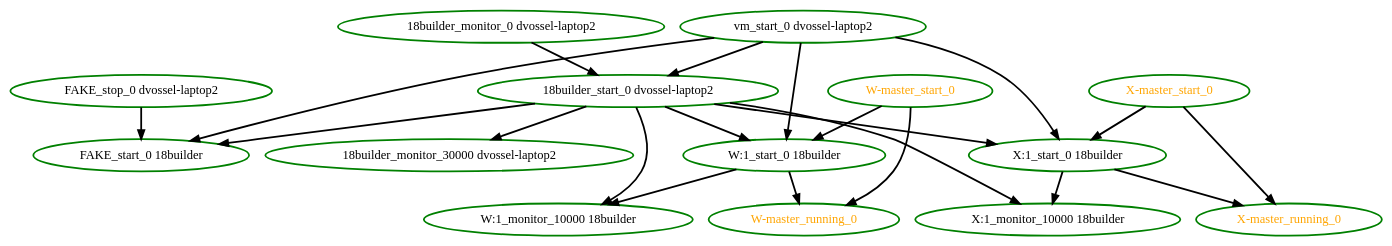
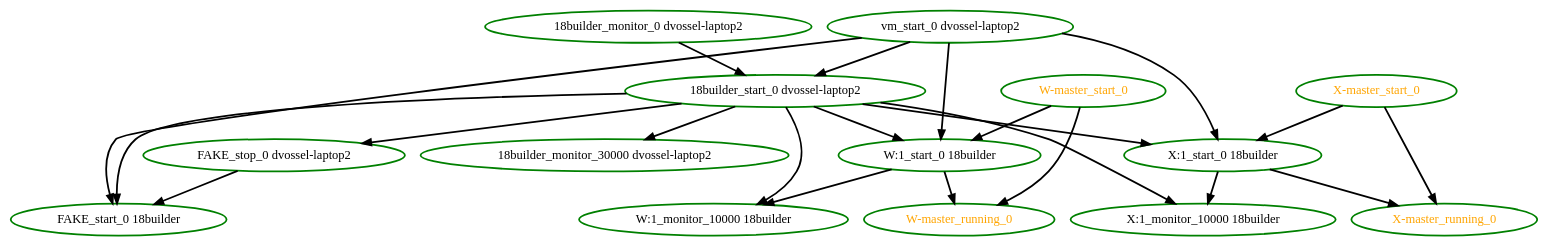
One commit to ClusterLabs/pacemaker changed the diagram in cts/scheduler/whitebox-fail3.dot. Above: the diagram before and after it, drawn with Graphviz. The commit also changed 16 other files, not shown here.

```diff
--- a/cts/scheduler/whitebox-fail3.dot
+++ b/cts/scheduler/whitebox-fail3.dot
@@ -1,36 +1,37 @@
 digraph "g" {
 "18builder_monitor_0 dvossel-laptop2" -> "18builder_start_0 dvossel-laptop2" [ style = bold]
 "18builder_monitor_0 dvossel-laptop2" [ style=bold color="green" fontcolor="black"]
 "18builder_monitor_30000 dvossel-laptop2" [ style=bold color="green" fontcolor="black"]
 "18builder_start_0 dvossel-laptop2" -> "18builder_monitor_30000 dvossel-laptop2" [ style = bold]
 "18builder_start_0 dvossel-laptop2" -> "FAKE_start_0 18builder" [ style = bold]
+"18builder_start_0 dvossel-laptop2" -> "FAKE_stop_0 dvossel-laptop2" [ style = bold]
 "18builder_start_0 dvossel-laptop2" -> "W:1_monitor_10000 18builder" [ style = bold]
 "18builder_start_0 dvossel-laptop2" -> "W:1_start_0 18builder" [ style = bold]
 "18builder_start_0 dvossel-laptop2" -> "X:1_monitor_10000 18builder" [ style = bold]
 "18builder_start_0 dvossel-laptop2" -> "X:1_start_0 18builder" [ style = bold]
 "18builder_start_0 dvossel-laptop2" [ style=bold color="green" fontcolor="black"]
 "FAKE_start_0 18builder" [ style=bold color="green" fontcolor="black"]
 "FAKE_stop_0 dvossel-laptop2" -> "FAKE_start_0 18builder" [ style = bold]
 "FAKE_stop_0 dvossel-laptop2" [ style=bold color="green" fontcolor="black"]
 "W-master_running_0" [ style=bold color="green" fontcolor="orange"]
 "W-master_start_0" -> "W-master_running_0" [ style = bold]
 "W-master_start_0" -> "W:1_start_0 18builder" [ style = bold]
 "W-master_start_0" [ style=bold color="green" fontcolor="orange"]
 "W:1_monitor_10000 18builder" [ style=bold color="green" fontcolor="black"]
 "W:1_start_0 18builder" -> "W-master_running_0" [ style = bold]
 "W:1_start_0 18builder" -> "W:1_monitor_10000 18builder" [ style = bold]
 "W:1_start_0 18builder" [ style=bold color="green" fontcolor="black"]
 "X-master_running_0" [ style=bold color="green" fontcolor="orange"]
 "X-master_start_0" -> "X-master_running_0" [ style = bold]
 "X-master_start_0" -> "X:1_start_0 18builder" [ style = bold]
 "X-master_start_0" [ style=bold color="green" fontcolor="orange"]
 "X:1_monitor_10000 18builder" [ style=bold color="green" fontcolor="black"]
 "X:1_start_0 18builder" -> "X-master_running_0" [ style = bold]
 "X:1_start_0 18builder" -> "X:1_monitor_10000 18builder" [ style = bold]
 "X:1_start_0 18builder" [ style=bold color="green" fontcolor="black"]
 "vm_start_0 dvossel-laptop2" -> "18builder_start_0 dvossel-laptop2" [ style = bold]
 "vm_start_0 dvossel-laptop2" -> "FAKE_start_0 18builder" [ style = bold]
 "vm_start_0 dvossel-laptop2" -> "W:1_start_0 18builder" [ style = bold]
 "vm_start_0 dvossel-laptop2" -> "X:1_start_0 18builder" [ style = bold]
 "vm_start_0 dvossel-laptop2" [ style=bold color="green" fontcolor="black"]
 }
```
